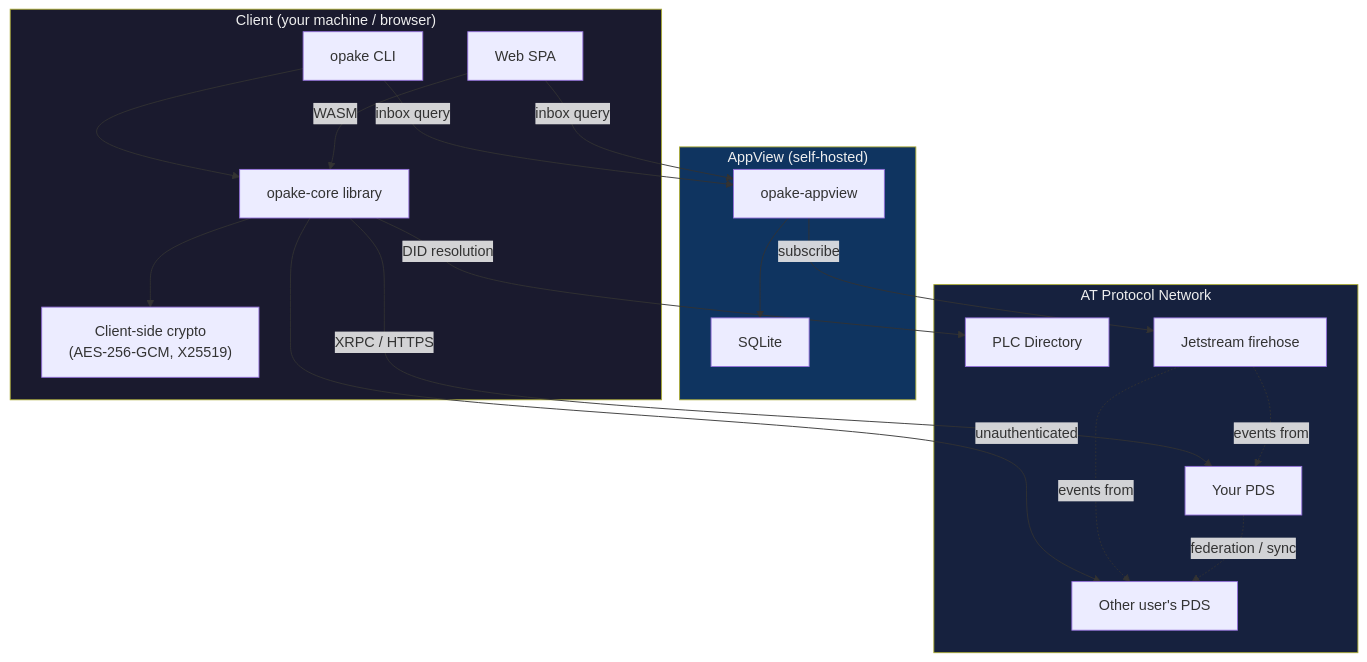
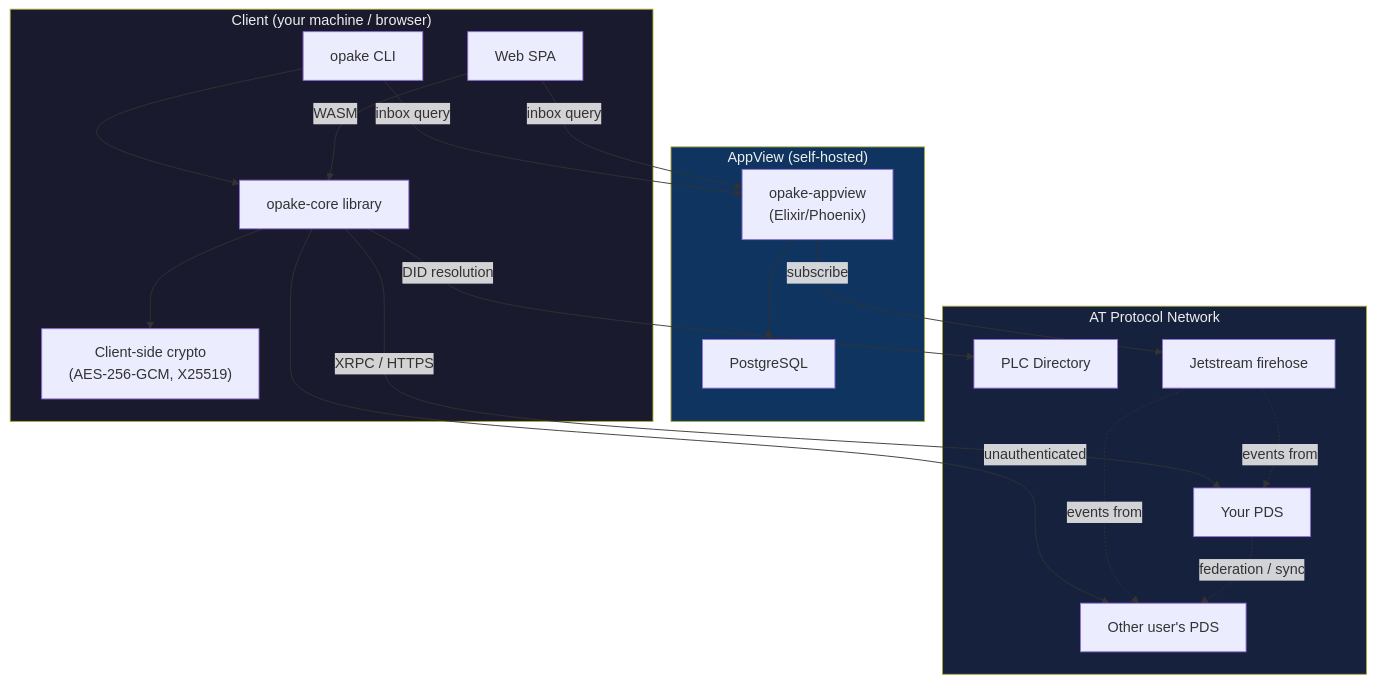
Before and after one commit to Sans-Self/Opake: the first of 2 diagrams in docs/ARCHITECTURE.md, drawn with Mermaid. The commit also changed other lines of this file and 2 other files, not shown here.

First line of the commit message:
Update docs for Elixir appview rewrite [CL-290]

````diff
--- a/docs/ARCHITECTURE.md
+++ b/docs/ARCHITECTURE.md
@@ -5,41 +5,41 @@
 ```mermaid
 graph TB
     subgraph Client ["Client (your machine / browser)"]
         CLI["opake CLI"]
         Web["Web SPA"]
         Core["opake-core library"]
         Crypto["Client-side crypto<br/>(AES-256-GCM, X25519)"]
     end
 
     subgraph Server ["AppView (self-hosted)"]
-        AppView["opake-appview"]
-        SQLite["SQLite"]
+        AppView["opake-appview<br/>(Elixir/Phoenix)"]
+        Postgres["PostgreSQL"]
     end
 
     subgraph Network ["AT Protocol Network"]
         OwnPDS["Your PDS"]
         OtherPDS["Other user's PDS"]
         PLC["PLC Directory"]
         Jetstream["Jetstream firehose"]
     end
 
     CLI --> Core
     Web -->|WASM| Core
     Core --> Crypto
     Core -->|XRPC / HTTPS| OwnPDS
     Core -->|unauthenticated| OtherPDS
     Core -->|DID resolution| PLC
     CLI -->|inbox query| AppView
     Web -->|inbox query| AppView
 
     AppView -->|subscribe| Jetstream
-    AppView --> SQLite
+    AppView --> Postgres
     Jetstream -.->|events from| OwnPDS
     Jetstream -.->|events from| OtherPDS
 
     OwnPDS -.->|federation / sync| OtherPDS
 
     style Client fill:#1a1a2e,color:#eee
     style Server fill:#0f3460,color:#eee
     style Network fill:#16213e,color:#eee
 ```
````
